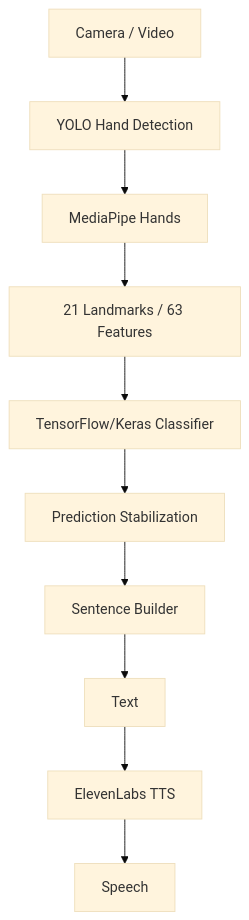
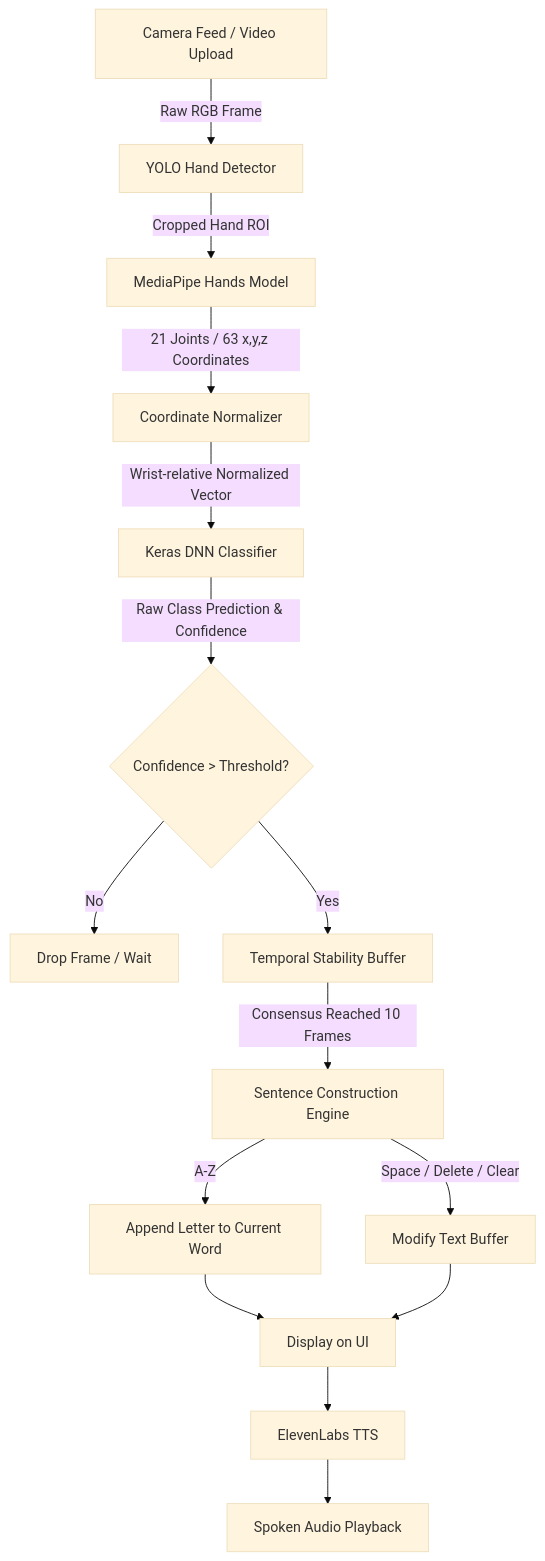
The diagram in README.md (pavandoddavarapu/signal), drawn with Mermaid (base theme) before and after one commit. The commit also changed other lines of this file, not shown here.

Commit message:
Update README with complete project presentation, architecture, and tech stack guide

````diff
--- a/README.md
+++ b/README.md
@@ -69,12 +84,17 @@
 ```mermaid
 flowchart TD
-    A[Camera / Video] --> B[YOLO Hand Detection]
-    B --> C[MediaPipe Hands]
-    C --> D[21 Landmarks / 63 Features]
-    D --> E[TensorFlow/Keras Classifier]
-    E --> F[Prediction Stabilization]
-    F --> G[Sentence Builder]
-    G --> H[Text]
-    H --> I[ElevenLabs TTS]
-    I --> J[Speech]
+    A[Camera Feed / Video Upload] -->|Raw RGB Frame| B[YOLO Hand Detector]
+    B -->|Cropped Hand ROI| C[MediaPipe Hands Model]
+    C -->|21 Joints / 63 x,y,z Coordinates| D[Coordinate Normalizer]
+    D -->|Wrist-relative Normalized Vector| E[Keras DNN Classifier]
+    E -->|Raw Class Prediction & Confidence| F{Confidence > Threshold?}
+    F -- No --> G[Drop Frame / Wait]
+    F -- Yes --> H[Temporal Stability Buffer]
+    H -->|Consensus Reached 10 Frames| I[Sentence Construction Engine]
+    I -->|A-Z| J[Append Letter to Current Word]
+    I -->|Space / Delete / Clear| K[Modify Text Buffer]
+    J --> L[Display on UI]
+    K --> L[Display on UI]
+    L --> M[ElevenLabs TTS]
+    M --> N[Spoken Audio Playback]
 ```
````
